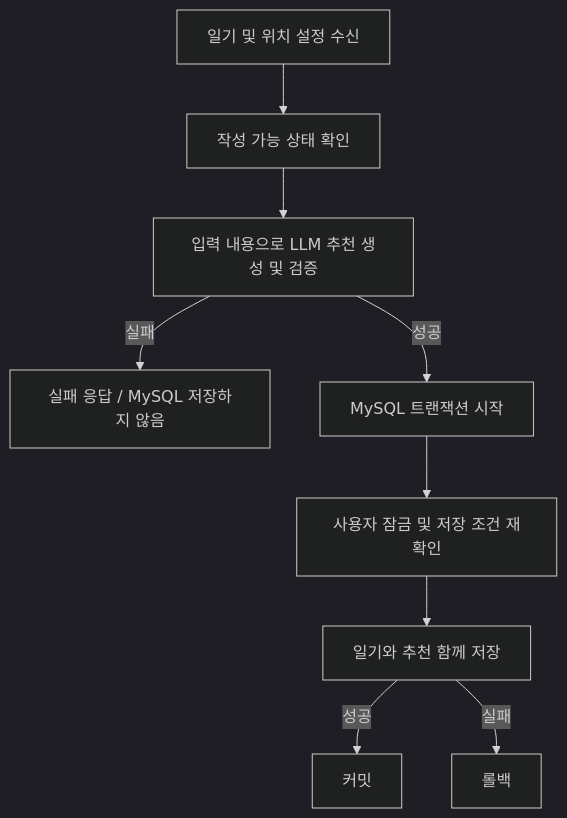
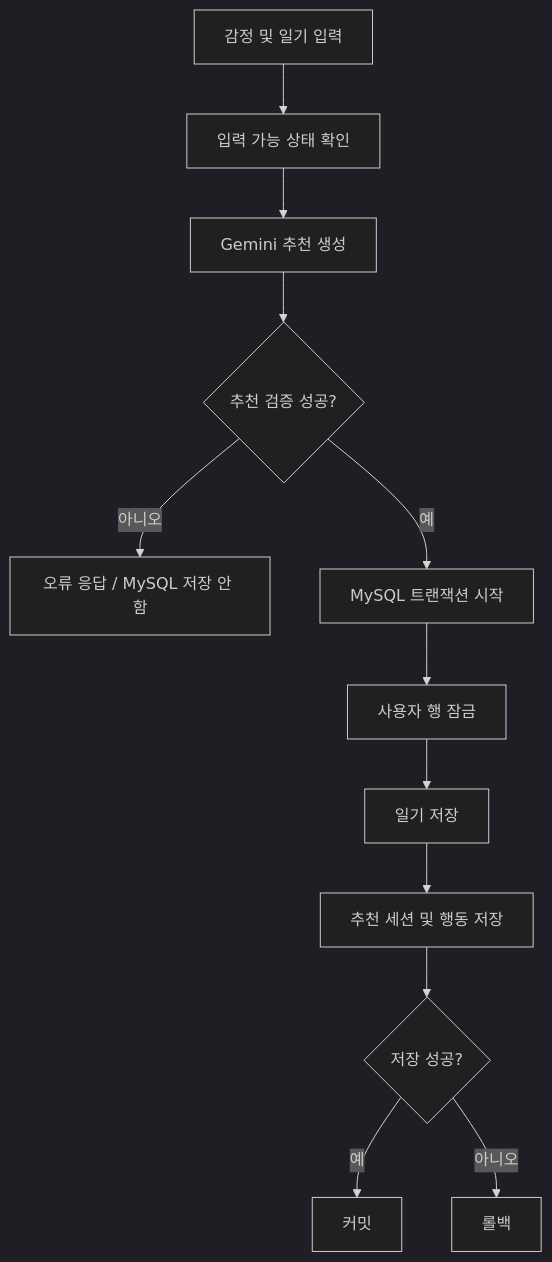
One commit to addicto1122-lab/mood-and-move changed the second of 6 diagrams in README.md. Above: the diagram before and after it, drawn with Mermaid (dark theme). The commit also changed other lines of this file, not shown here.

````diff
--- a/README.md
+++ b/README.md
@@ -94,11 +167,14 @@
 ```mermaid
 flowchart TD
-    A[일기 및 위치 설정 수신] --> B[작성 가능 상태 확인]
-    B --> C[입력 내용으로 LLM 추천 생성 및 검증]
-    C -->|실패| D[실패 응답 / MySQL 저장하지 않음]
-    C -->|성공| E[MySQL 트랜잭션 시작]
-    E --> F[사용자 잠금 및 저장 조건 재확인]
-    F --> G[일기와 추천 함께 저장]
-    G -->|성공| H[커밋]
-    G -->|실패| I[롤백]
+    A[감정 및 일기 입력] --> B[입력 가능 상태 확인]
+    B --> C[Gemini 추천 생성]
+    C --> D{추천 검증 성공?}
+    D -->|아니오| E[오류 응답 / MySQL 저장 안 함]
+    D -->|예| F[MySQL 트랜잭션 시작]
+    F --> G[사용자 행 잠금]
+    G --> H[일기 저장]
+    H --> I[추천 세션 및 행동 저장]
+    I --> J{저장 성공?}
+    J -->|예| K[커밋]
+    J -->|아니오| L[롤백]
 ```
````
